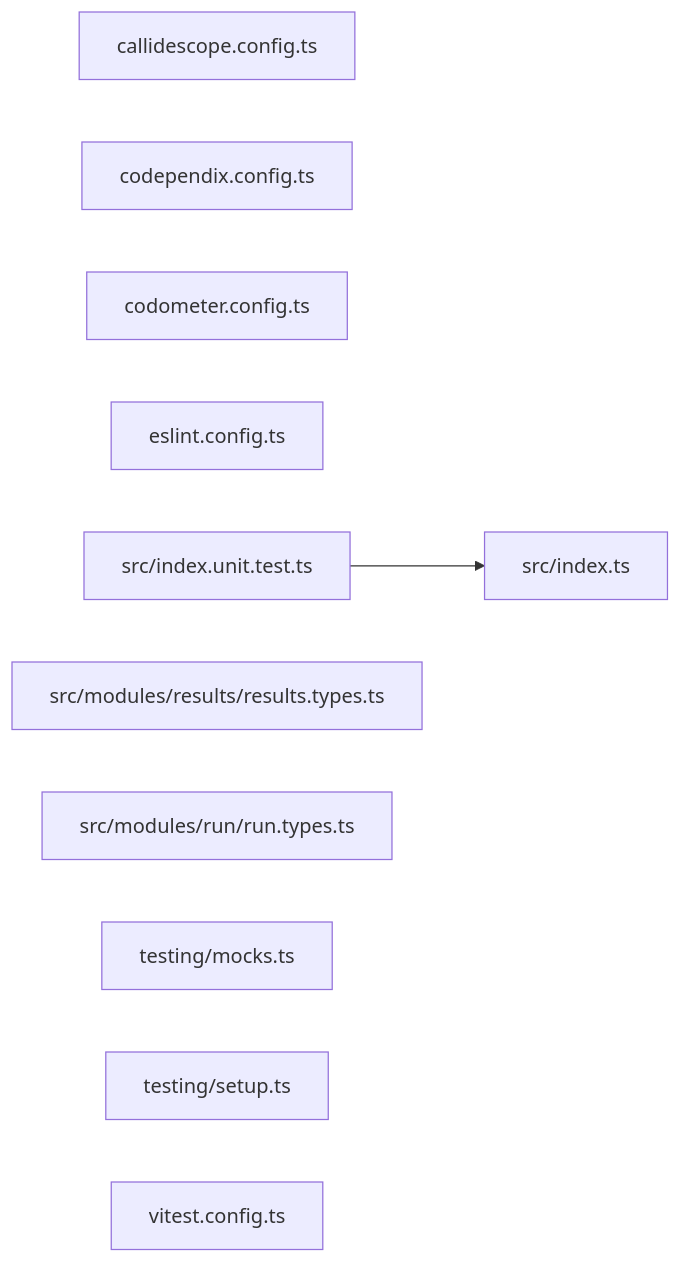
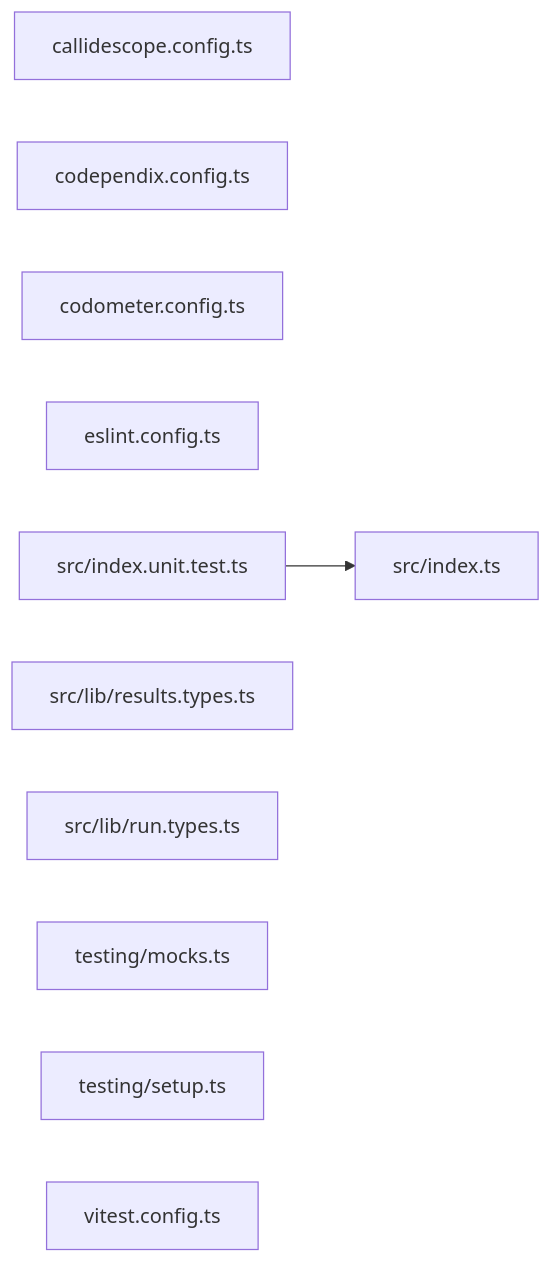
Before and after one commit to JimmyPaolini/codebase: the second of 2 diagrams in packages/ic-suite/codependix/codependix-core/README.md, drawn with Mermaid. The commit also changed other lines of this file and 3 other files, not shown here.

Commit message:
docs(callidescope,codependix,codometer,conformetry): 📝 regenerate the core package dependency graphs

````diff
--- a/packages/ic-suite/codependix/codependix-core/README.md
+++ b/packages/ic-suite/codependix/codependix-core/README.md
@@ -39,15 +39,15 @@
 ```mermaid
 graph LR
   file_callidescope_config_ts["callidescope.config.ts"]
   file_codependix_config_ts["codependix.config.ts"]
   file_codometer_config_ts["codometer.config.ts"]
   file_eslint_config_ts["eslint.config.ts"]
   file_src_index_ts["src/index.ts"]
   file_src_index_unit_test_ts["src/index.unit.test.ts"]
-  file_src_modules_results_results_types_ts["src/modules/results/results.types.ts"]
-  file_src_modules_run_run_types_ts["src/modules/run/run.types.ts"]
+  file_src_lib_results_types_ts["src/lib/results.types.ts"]
+  file_src_lib_run_types_ts["src/lib/run.types.ts"]
   file_testing_mocks_ts["testing/mocks.ts"]
   file_testing_setup_ts["testing/setup.ts"]
   file_vitest_config_ts["vitest.config.ts"]
   file_src_index_unit_test_ts --> file_src_index_ts
 ```
````
